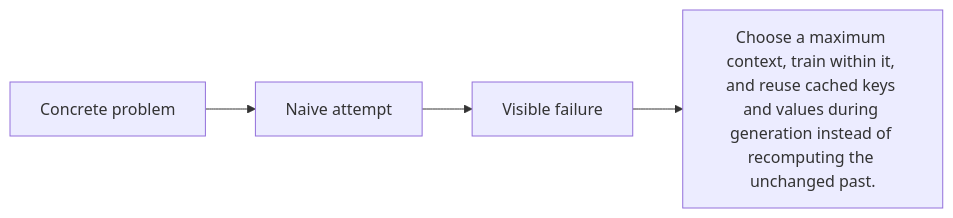
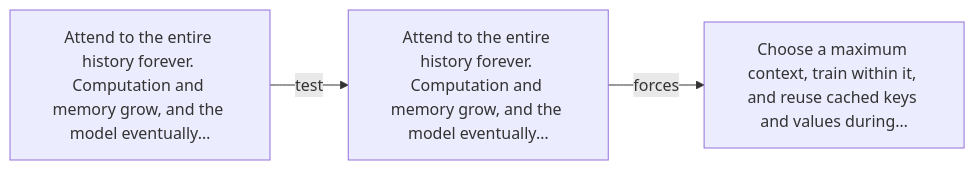
One commit to kleem-labs/AI-Archaeology changed the diagram in excavations/044-context-window/diagram.md. Above: the diagram before and after it, drawn with Mermaid. The commit also changed other lines of this file and 288 other files, not shown here.

````diff
--- a/excavations/044-context-window/diagram.md
+++ b/excavations/044-context-window/diagram.md
@@ -3,4 +5,5 @@
-~~~mermaid
+```mermaid
 flowchart LR
- A[Concrete problem] --> B[Naive attempt] --> C[Visible failure] --> D["Choose a maximum context, train within it, and reuse cached keys and values during generation instead of recomputing the unchanged past."]
-~~~
+    A["Attend to the entire history forever. Computation and memory grow, and the model eventually…"] -->|"test"| B["Attend to the entire history forever. Computation and memory grow, and the model eventually…"]
+    B -->|"forces"| C["Choose a maximum context, train within it, and reuse cached keys and values during…"]
+```
````
